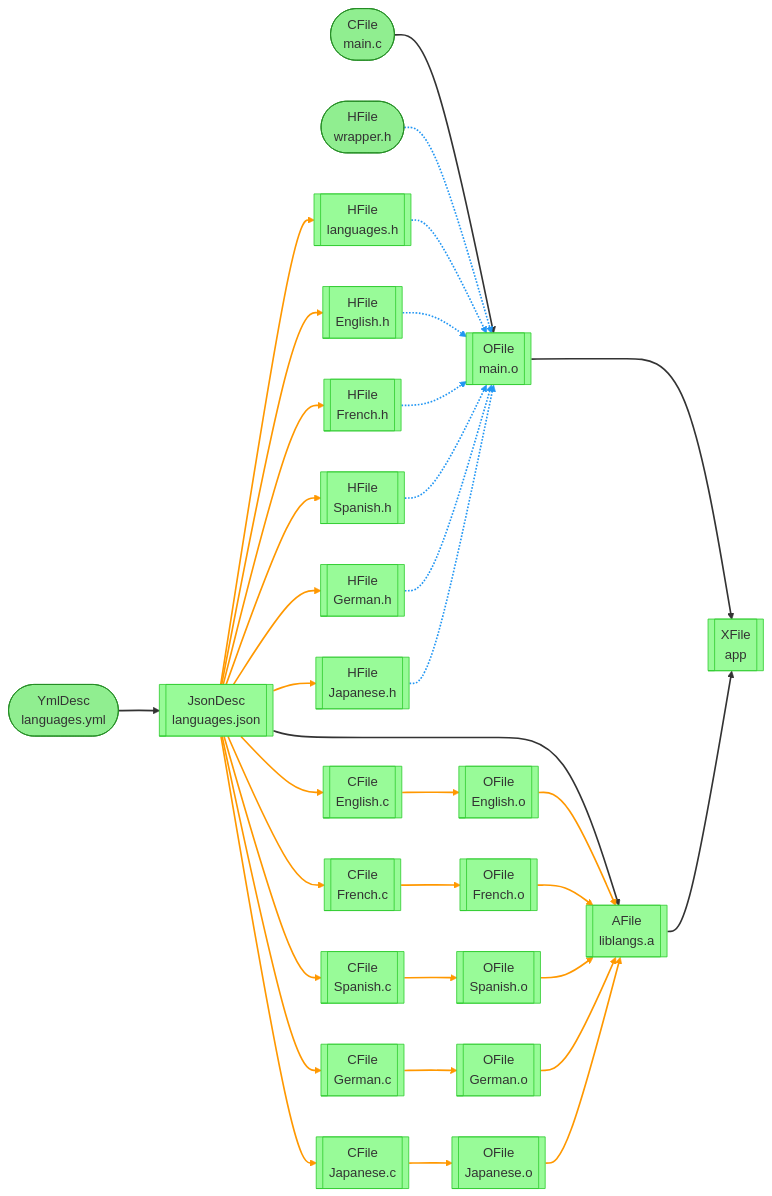
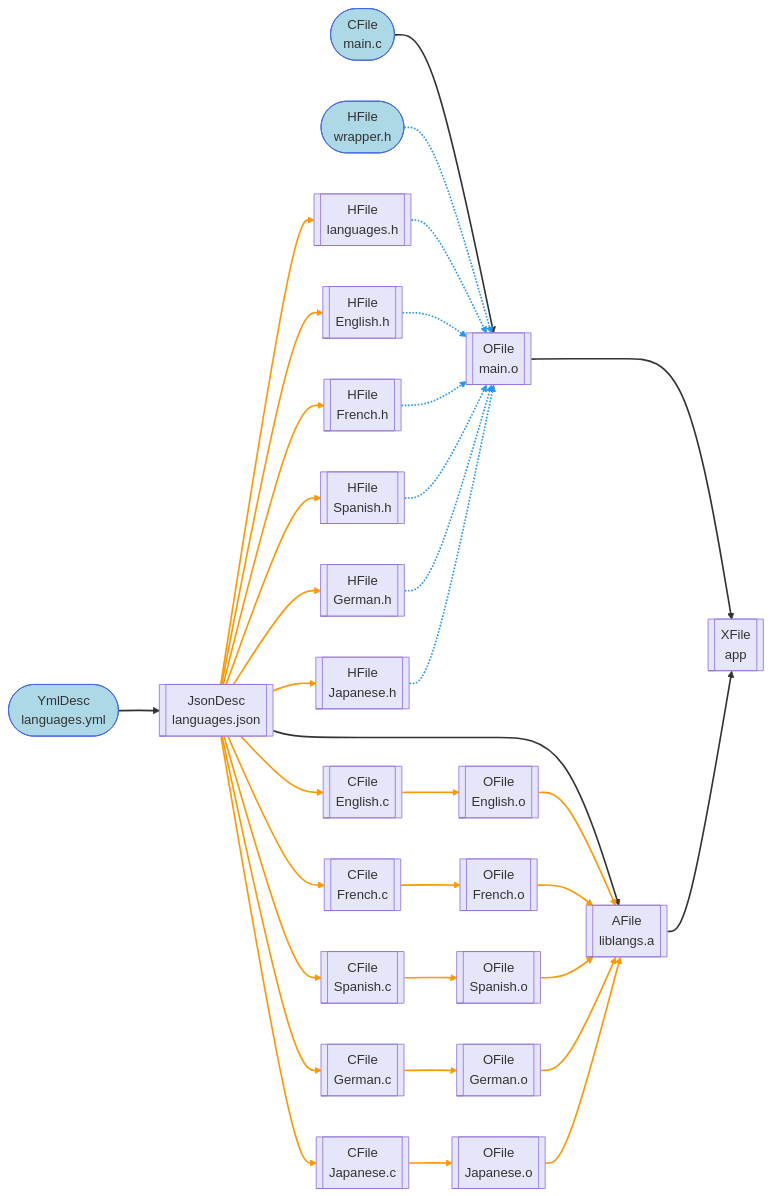
The diagram in demo_projects/project_expand/graph.mermaid (laurentcarrie/yamake), drawn with Mermaid before and after one commit. The commit also changed 10 other files, not shown here.

```diff
--- a/demo_projects/project_expand/graph.mermaid
+++ b/demo_projects/project_expand/graph.mermaid
@@ -1,113 +1,113 @@
 flowchart LR
     n0(["CFile<br>main.c"])
     n1[["OFile<br>main.o"]];
     n2(["HFile<br>wrapper.h"])
     n3[["XFile<br>app"]];
     n4(["YmlDesc<br>languages.yml"])
     n5[["JsonDesc<br>languages.json"]];
     n6[["AFile<br>liblangs.a"]];
     n7[["CFile<br>English.c"]];
     n8[["HFile<br>English.h"]];
     n9[["OFile<br>English.o"]];
     n10[["CFile<br>French.c"]];
     n11[["HFile<br>French.h"]];
     n12[["OFile<br>French.o"]];
     n13[["CFile<br>Spanish.c"]];
     n14[["HFile<br>Spanish.h"]];
     n15[["OFile<br>Spanish.o"]];
     n16[["CFile<br>German.c"]];
     n17[["HFile<br>German.h"]];
     n18[["OFile<br>German.o"]];
     n19[["CFile<br>Japanese.c"]];
     n20[["HFile<br>Japanese.h"]];
     n21[["OFile<br>Japanese.o"]];
     n22[["HFile<br>languages.h"]];
     n0 --> n1
     n1 --> n3
     n4 --> n5
     n5 --> n6
     n6 --> n3
     n2 -.-> n1
     n5 ==> n7
     n5 ==> n8
     n7 ==> n9
     n9 ==> n6
     n5 ==> n10
     n5 ==> n11
     n10 ==> n12
     n12 ==> n6
     n5 ==> n13
     n5 ==> n14
     n13 ==> n15
     n15 ==> n6
     n5 ==> n16
     n5 ==> n17
     n16 ==> n18
     n18 ==> n6
     n5 ==> n19
     n5 ==> n20
     n19 ==> n21
     n21 ==> n6
     n5 ==> n22
     n22 -.-> n1
     n8 -.-> n1
     n11 -.-> n1
     n14 -.-> n1
     n17 -.-> n1
     n20 -.-> n1
-    style n0 fill:#90EE90,stroke:#228B22
-    style n1 fill:#98FB98,stroke:#32CD32
-    style n2 fill:#90EE90,stroke:#228B22
-    style n3 fill:#98FB98,stroke:#32CD32
-    style n4 fill:#90EE90,stroke:#228B22
-    style n5 fill:#98FB98,stroke:#32CD32
-    style n6 fill:#98FB98,stroke:#32CD32
-    style n7 fill:#98FB98,stroke:#32CD32
-    style n8 fill:#98FB98,stroke:#32CD32
-    style n9 fill:#98FB98,stroke:#32CD32
-    style n10 fill:#98FB98,stroke:#32CD32
-    style n11 fill:#98FB98,stroke:#32CD32
-    style n12 fill:#98FB98,stroke:#32CD32
-    style n13 fill:#98FB98,stroke:#32CD32
-    style n14 fill:#98FB98,stroke:#32CD32
-    style n15 fill:#98FB98,stroke:#32CD32
-    style n16 fill:#98FB98,stroke:#32CD32
-    style n17 fill:#98FB98,stroke:#32CD32
-    style n18 fill:#98FB98,stroke:#32CD32
-    style n19 fill:#98FB98,stroke:#32CD32
-    style n20 fill:#98FB98,stroke:#32CD32
-    style n21 fill:#98FB98,stroke:#32CD32
-    style n22 fill:#98FB98,stroke:#32CD32
+    style n0 fill:#ADD8E6,stroke:#4169E1
+    style n1 fill:#E6E6FA,stroke:#9370DB
+    style n2 fill:#ADD8E6,stroke:#4169E1
+    style n3 fill:#E6E6FA,stroke:#9370DB
+    style n4 fill:#ADD8E6,stroke:#4169E1
+    style n5 fill:#E6E6FA,stroke:#9370DB
+    style n6 fill:#E6E6FA,stroke:#9370DB
+    style n7 fill:#E6E6FA,stroke:#9370DB
+    style n8 fill:#E6E6FA,stroke:#9370DB
+    style n9 fill:#E6E6FA,stroke:#9370DB
+    style n10 fill:#E6E6FA,stroke:#9370DB
+    style n11 fill:#E6E6FA,stroke:#9370DB
+    style n12 fill:#E6E6FA,stroke:#9370DB
+    style n13 fill:#E6E6FA,stroke:#9370DB
+    style n14 fill:#E6E6FA,stroke:#9370DB
+    style n15 fill:#E6E6FA,stroke:#9370DB
+    style n16 fill:#E6E6FA,stroke:#9370DB
+    style n17 fill:#E6E6FA,stroke:#9370DB
+    style n18 fill:#E6E6FA,stroke:#9370DB
+    style n19 fill:#E6E6FA,stroke:#9370DB
+    style n20 fill:#E6E6FA,stroke:#9370DB
+    style n21 fill:#E6E6FA,stroke:#9370DB
+    style n22 fill:#E6E6FA,stroke:#9370DB
     linkStyle 0 stroke:#333,stroke-width:2px
     linkStyle 1 stroke:#333,stroke-width:2px
     linkStyle 2 stroke:#333,stroke-width:2px
     linkStyle 3 stroke:#333,stroke-width:2px
     linkStyle 4 stroke:#333,stroke-width:2px
     linkStyle 5 stroke:#2196F3,stroke-width:2px
     linkStyle 6 stroke:#FF9800,stroke-width:2px
     linkStyle 7 stroke:#FF9800,stroke-width:2px
     linkStyle 8 stroke:#FF9800,stroke-width:2px
     linkStyle 9 stroke:#FF9800,stroke-width:2px
     linkStyle 10 stroke:#FF9800,stroke-width:2px
     linkStyle 11 stroke:#FF9800,stroke-width:2px
     linkStyle 12 stroke:#FF9800,stroke-width:2px
     linkStyle 13 stroke:#FF9800,stroke-width:2px
     linkStyle 14 stroke:#FF9800,stroke-width:2px
     linkStyle 15 stroke:#FF9800,stroke-width:2px
     linkStyle 16 stroke:#FF9800,stroke-width:2px
     linkStyle 17 stroke:#FF9800,stroke-width:2px
     linkStyle 18 stroke:#FF9800,stroke-width:2px
     linkStyle 19 stroke:#FF9800,stroke-width:2px
     linkStyle 20 stroke:#FF9800,stroke-width:2px
     linkStyle 21 stroke:#FF9800,stroke-width:2px
     linkStyle 22 stroke:#FF9800,stroke-width:2px
     linkStyle 23 stroke:#FF9800,stroke-width:2px
     linkStyle 24 stroke:#FF9800,stroke-width:2px
     linkStyle 25 stroke:#FF9800,stroke-width:2px
     linkStyle 26 stroke:#FF9800,stroke-width:2px
     linkStyle 27 stroke:#2196F3,stroke-width:2px
     linkStyle 28 stroke:#2196F3,stroke-width:2px
     linkStyle 29 stroke:#2196F3,stroke-width:2px
     linkStyle 30 stroke:#2196F3,stroke-width:2px
     linkStyle 31 stroke:#2196F3,stroke-width:2px
     linkStyle 32 stroke:#2196F3,stroke-width:2px
```
